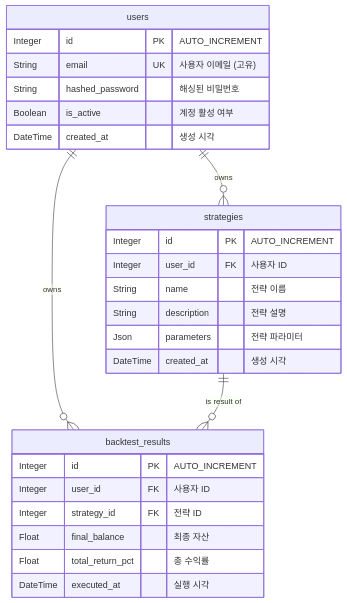
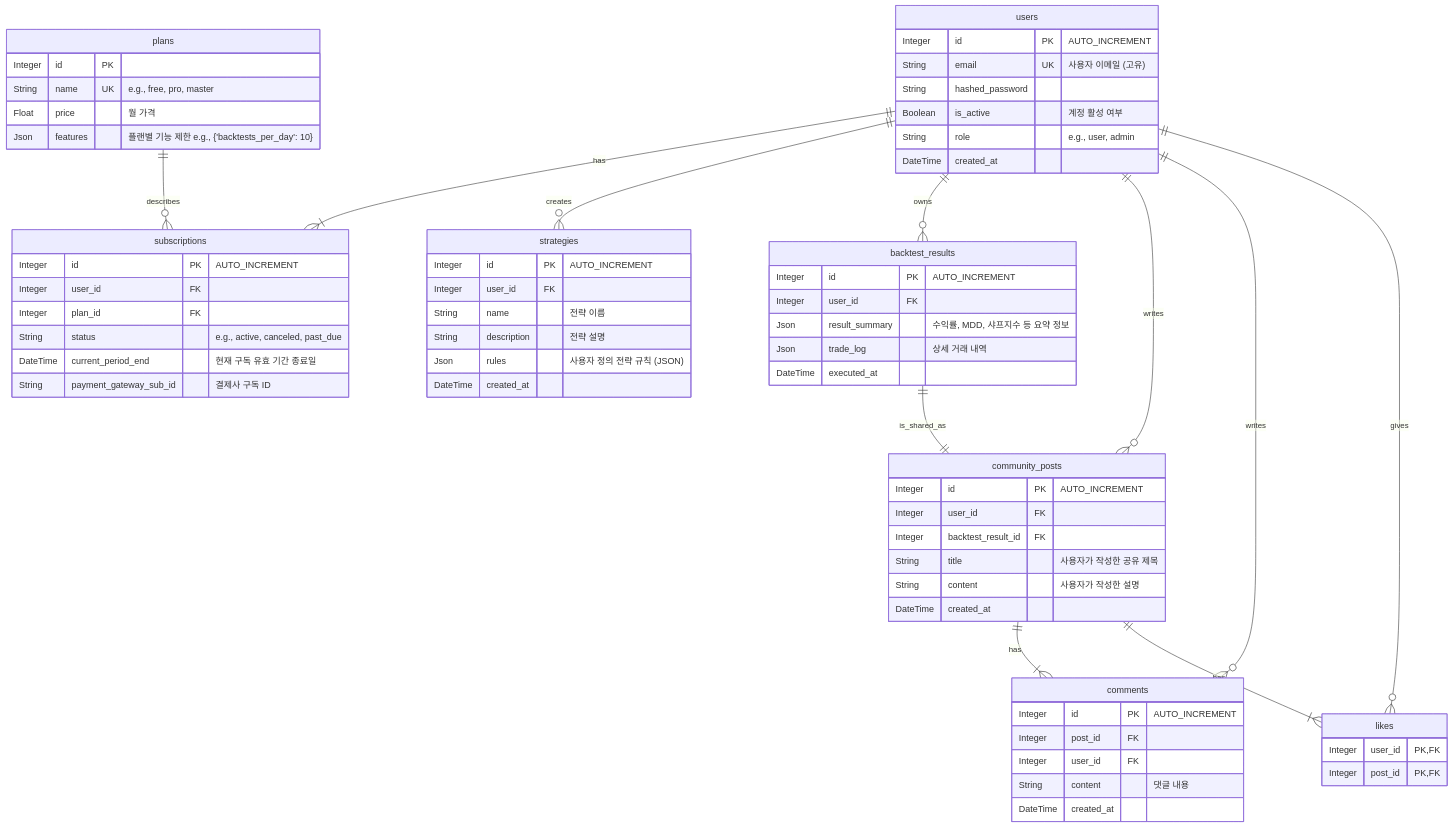
Before and after one commit to sleepyMS/Cortex: the diagram in docs/07_Database_Schema.md, drawn with Mermaid. The commit also changed other lines of this file and 10 other files, not shown here.

````diff
--- a/docs/07_Database_Schema.md
+++ b/docs/07_Database_Schema.md
@@ -7,32 +7,77 @@
 ```mermaid
 erDiagram
     users {
         Integer id PK "AUTO_INCREMENT"
         String email UK "사용자 이메일 (고유)"
-        String hashed_password "해싱된 비밀번호"
+        String hashed_password
         Boolean is_active "계정 활성 여부"
-        DateTime created_at "생성 시각"
+        String role "e.g., user, admin"
+        DateTime created_at
+    }
+
+    plans {
+        Integer id PK
+        String name UK "e.g., free, pro, master"
+        Float price "월 가격"
+        Json features "플랜별 기능 제한 e.g., {'backtests_per_day': 10}"
+    }
+
+    subscriptions {
+        Integer id PK "AUTO_INCREMENT"
+        Integer user_id FK
+        Integer plan_id FK
+        String status "e.g., active, canceled, past_due"
+        DateTime current_period_end "현재 구독 유효 기간 종료일"
+        String payment_gateway_sub_id "결제사 구독 ID"
     }
 
     strategies {
         Integer id PK "AUTO_INCREMENT"
-        Integer user_id FK "사용자 ID"
+        Integer user_id FK
         String name "전략 이름"
         String description "전략 설명"
-        Json parameters "전략 파라미터"
-        DateTime created_at "생성 시각"
+        Json rules "사용자 정의 전략 규칙 (JSON)"
+        DateTime created_at
     }
 
     backtest_results {
         Integer id PK "AUTO_INCREMENT"
-        Integer user_id FK "사용자 ID"
-        Integer strategy_id FK "전략 ID"
-        Float final_balance "최종 자산"
-        Float total_return_pct "총 수익률"
-        DateTime executed_at "실행 시각"
+        Integer user_id FK
+        Json result_summary "수익률, MDD, 샤프지수 등 요약 정보"
+        Json trade_log "상세 거래 내역"
+        DateTime executed_at
     }
 
-    users ||--o{ strategies : "owns"
+    community_posts {
+        Integer id PK "AUTO_INCREMENT"
+        Integer user_id FK
+        Integer backtest_result_id FK
+        String title "사용자가 작성한 공유 제목"
+        String content "사용자가 작성한 설명"
+        DateTime created_at
+    }
+
+    comments {
+        Integer id PK "AUTO_INCREMENT"
+        Integer post_id FK
+        Integer user_id FK
+        String content "댓글 내용"
+        DateTime created_at
+    }
+
+    likes {
+        Integer user_id PK,FK
+        Integer post_id PK,FK
+    }
+
+    users ||--|{ subscriptions : "has"
+    plans ||--o{ subscriptions : "describes"
+    users ||--o{ strategies : "creates"
     users ||--o{ backtest_results : "owns"
-    strategies ||--o{ backtest_results : "is result of"
+    users ||--o{ community_posts : "writes"
+    users ||--o{ comments : "writes"
+    users ||--o{ likes : "gives"
+    backtest_results ||--|| community_posts : "is_shared_as"
+    community_posts ||--|{ comments : "has"
+    community_posts ||--|{ likes : "has"
 ```
````
